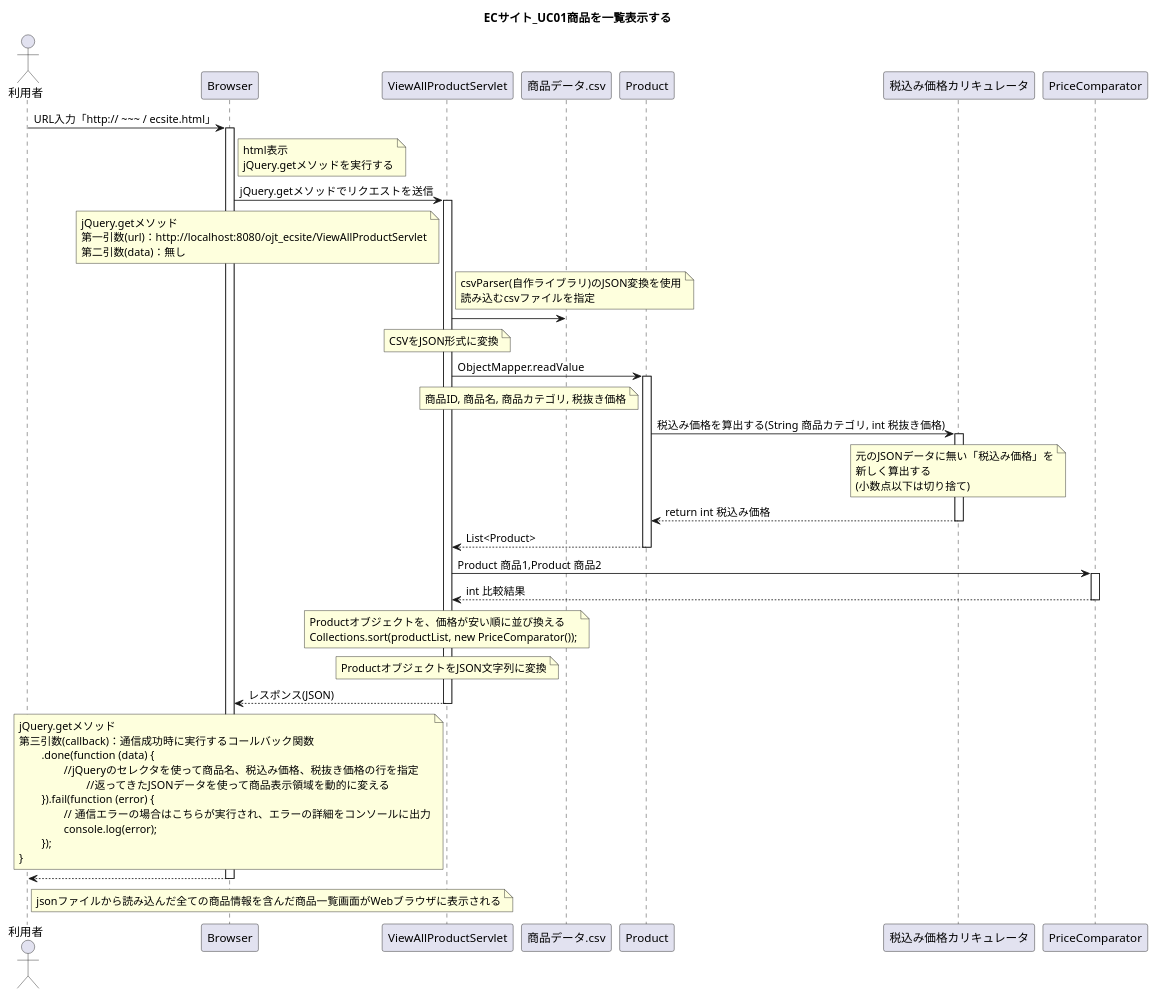
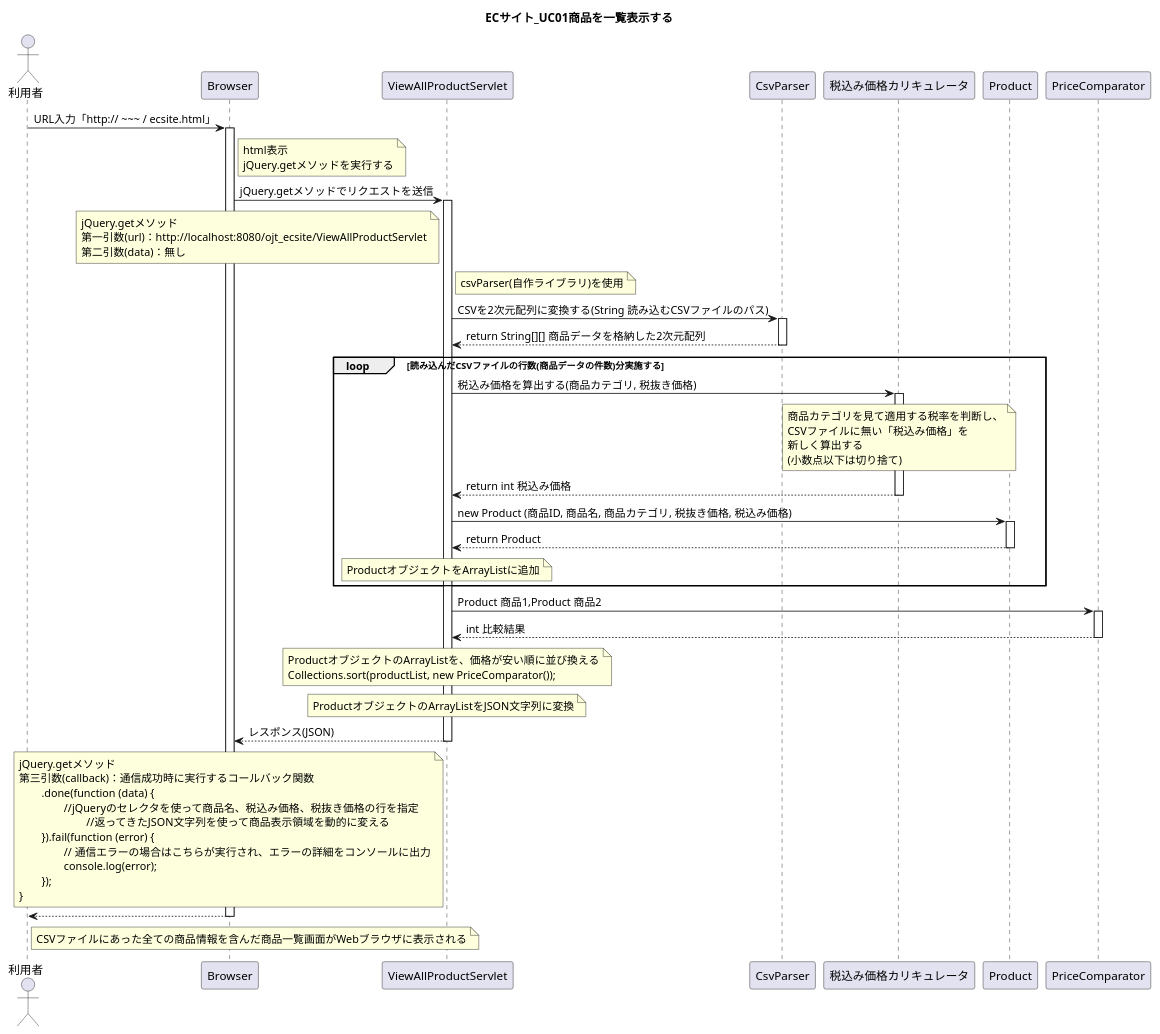
The diagram in UML/Sequence01.puml (wnakayama/ojt_ecsite), drawn with PlantUML before and after one commit. The commit also changed 3 other files, not shown here.

Commit message:
クラス設計,シーケンス図のメッセージ,note部分の記述を修正

```diff
--- a/UML/Sequence01.puml
+++ b/UML/Sequence01.puml
@@ -1,91 +1,94 @@
 @startuml
 title ECサイト_UC01商品を一覧表示する
 
 actor 利用者
 
 利用者 -> Browser : URL入力「http:// ~~~ / ecsite.html」
 activate Browser
 	note right of Browser
 	html表示
 	jQuery.getメソッドを実行する
 	end note
 
 Browser -> ViewAllProductServlet : jQuery.getメソッドでリクエストを送信
 activate ViewAllProductServlet
 
 	note left of ViewAllProductServlet
 	jQuery.getメソッド
 	第一引数(url)：http://localhost:8080/ojt_ecsite/ViewAllProductServlet
 	第二引数(data)：無し
 	end note
 
 
 	note right of ViewAllProductServlet
-	csvParser(自作ライブラリ)のJSON変換を使用
-	読み込むcsvファイルを指定 
+	csvParser(自作ライブラリ)を使用
 	end note
 
-ViewAllProductServlet -> 商品データ.csv
+ViewAllProductServlet -> CsvParser : CSVを2次元配列に変換する(String 読み込むCSVファイルのパス)
+activate CsvParser
 
-	note over ViewAllProductServlet
-	CSVをJSON形式に変換
-	end note
+ViewAllProductServlet <-- CsvParser : return String[][] 商品データを格納した2次元配列
+deactivate CsvParser
 
-ViewAllProductServlet -> Product : ObjectMapper.readValue
-activate Product
-
-	note left of Product
-	商品ID, 商品名, 商品カテゴリ, 税抜き価格
-	end note
-
-Product -> 税込み価格カリキュレータ : 税込み価格を算出する(String 商品カテゴリ, int 税抜き価格)
+loop 読み込んだCSVファイルの行数(商品データの件数)分実施する
+ViewAllProductServlet -> 税込み価格カリキュレータ : 税込み価格を算出する(商品カテゴリ, 税抜き価格)
 activate 税込み価格カリキュレータ
 
 	note over of 税込み価格カリキュレータ
-	元のJSONデータに無い「税込み価格」を
+	商品カテゴリを見て適用する税率を判断し、
+	CSVファイルに無い「税込み価格」を
 	新しく算出する
 	(小数点以下は切り捨て)
 	end note
 
-Product <-- 税込み価格カリキュレータ : return int 税込み価格
+ViewAllProductServlet <-- 税込み価格カリキュレータ : return int 税込み価格
 deactivate 税込み価格カリキュレータ
-ViewAllProductServlet <-- Product : List<Product>
+
+ViewAllProductServlet -> Product : new Product (商品ID, 商品名, 商品カテゴリ, 税抜き価格, 税込み価格)
+activate Product
+
+ViewAllProductServlet <-- Product : return Product
 deactivate Product
+	note over ViewAllProductServlet
+	ProductオブジェクトをArrayListに追加
+	end note
+end loop
+
 ViewAllProductServlet -> PriceComparator : Product 商品1,Product 商品2
 activate PriceComparator
 ViewAllProductServlet <-- PriceComparator : int 比較結果
 deactivate PriceComparator
 
 	note over ViewAllProductServlet
-	Productオブジェクトを、価格が安い順に並び換える
+	ProductオブジェクトのArrayListを、価格が安い順に並び換える
 	Collections.sort(productList, new PriceComparator());
 	end note
 
 	note over ViewAllProductServlet
-	ProductオブジェクトをJSON文字列に変換
+	ProductオブジェクトのArrayListをJSON文字列に変換
 	end note
 	Browser <-- ViewAllProductServlet : レスポンス(JSON)
 
 	note left of ViewAllProductServlet
 	jQuery.getメソッド
 	第三引数(callback)：通信成功時に実行するコールバック関数
 		.done(function (data) {
 			//jQueryのセレクタを使って商品名、税込み価格、税抜き価格の行を指定
-				//返ってきたJSONデータを使って商品表示領域を動的に変える
+				//返ってきたJSON文字列を使って商品表示領域を動的に変える
 		}).fail(function (error) {
 			// 通信エラーの場合はこちらが実行され、エラーの詳細をコンソールに出力
 			console.log(error);
 		});
 	}
 	end note
 
 deactivate ViewAllProductServlet
 
 利用者 <-- Browser
 	note right of 利用者
-	jsonファイルから読み込んだ全ての商品情報を含んだ商品一覧画面がWebブラウザに表示される
+	CSVファイルにあった全ての商品情報を含んだ商品一覧画面がWebブラウザに表示される
 	end note
 
 deactivate Browser
 
 @enduml
```
